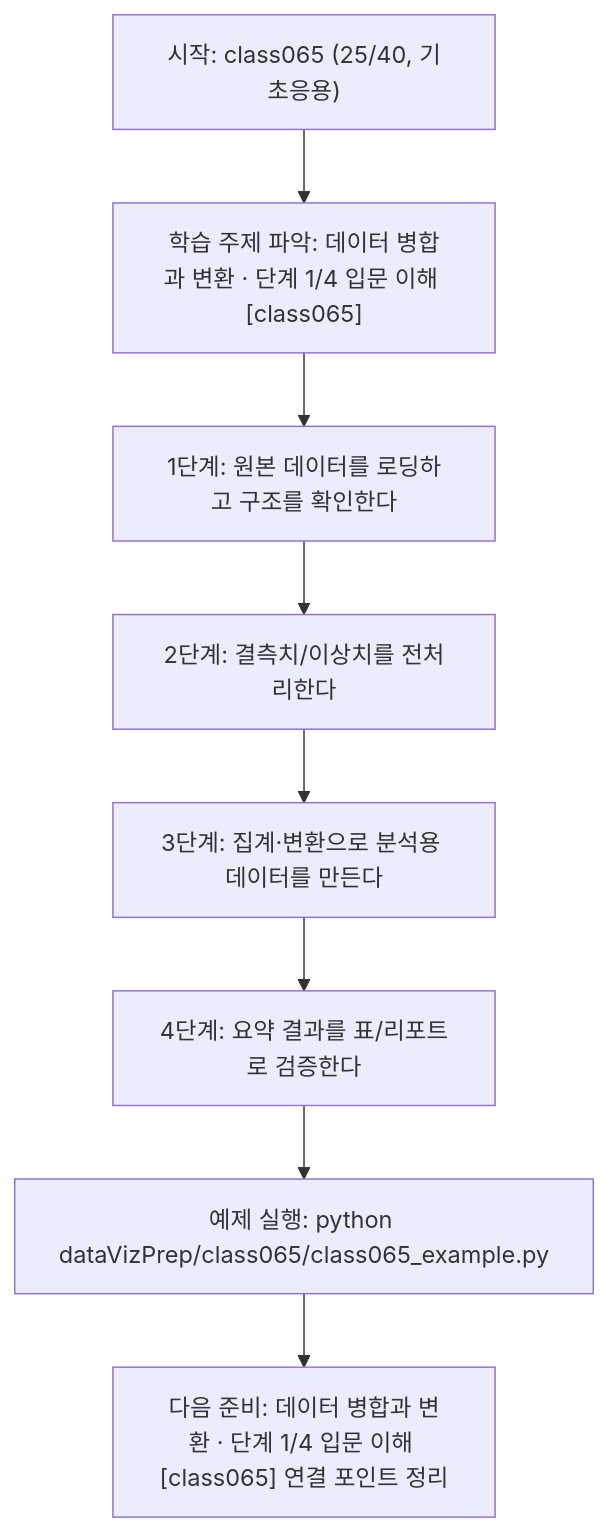
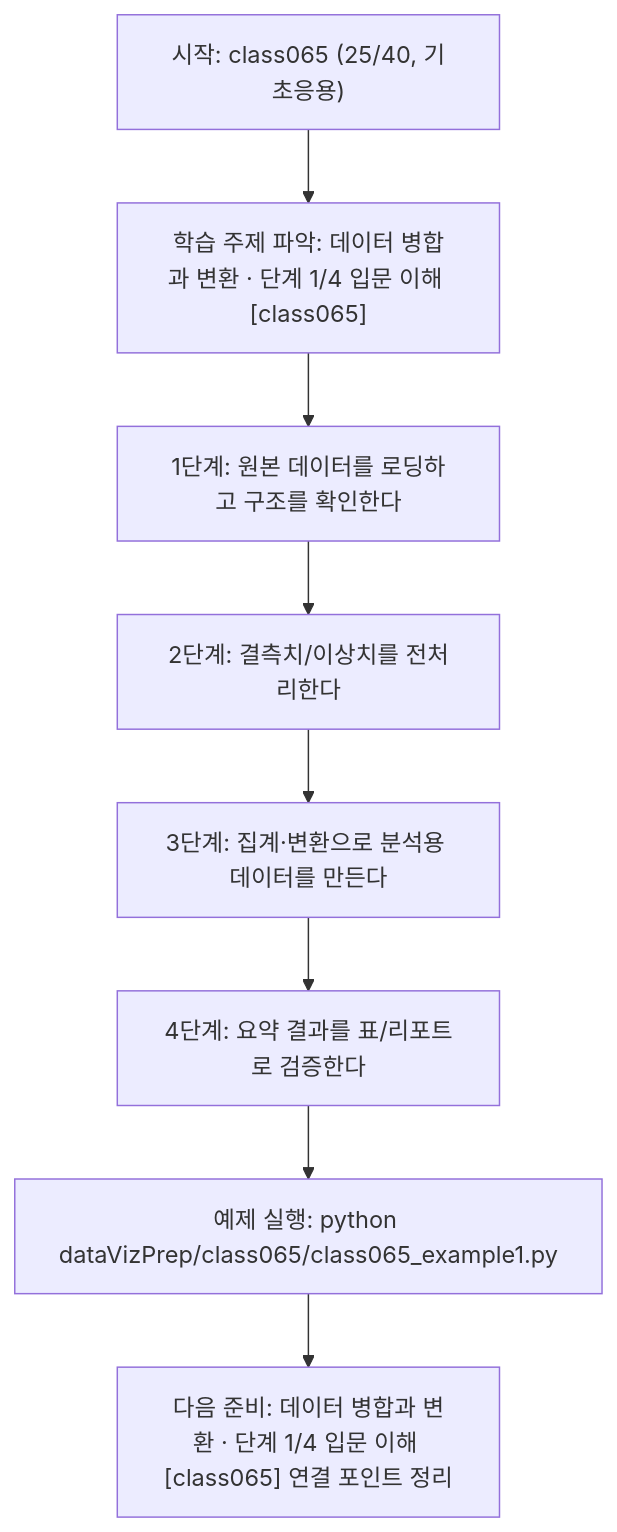
Before and after one commit to edumgt/Python-AI_Agent-Class: the diagram in dataVizPrep/class065/class065.md, drawn with Mermaid. The commit also changed other lines of this file and 2959 other files, not shown here.

````diff
--- a/dataVizPrep/class065/class065.md
+++ b/dataVizPrep/class065/class065.md
@@ -111,18 +111,18 @@
 ```mermaid
 flowchart TD
 N1["시작: class065 (25/40, 기초응용)"]
 N2["학습 주제 파악: 데이터 병합과 변환 · 단계 1/4 입문 이해 [class065]"]
 N3["1단계: 원본 데이터를 로딩하고 구조를 확인한다"]
 N4["2단계: 결측치/이상치를 전처리한다"]
 N5["3단계: 집계·변환으로 분석용 데이터를 만든다"]
 N6["4단계: 요약 결과를 표/리포트로 검증한다"]
-N7["예제 실행: python dataVizPrep/class065/class065_example.py"]
+N7["예제 실행: python dataVizPrep/class065/class065_example1.py"]
 N8["다음 준비: 데이터 병합과 변환 · 단계 1/4 입문 이해 [class065] 연결 포인트 정리"]
 N1 --> N2
 N2 --> N3
 N3 --> N4
 N4 --> N5
 N5 --> N6
 N6 --> N7
 N7 --> N8
 ```
````
